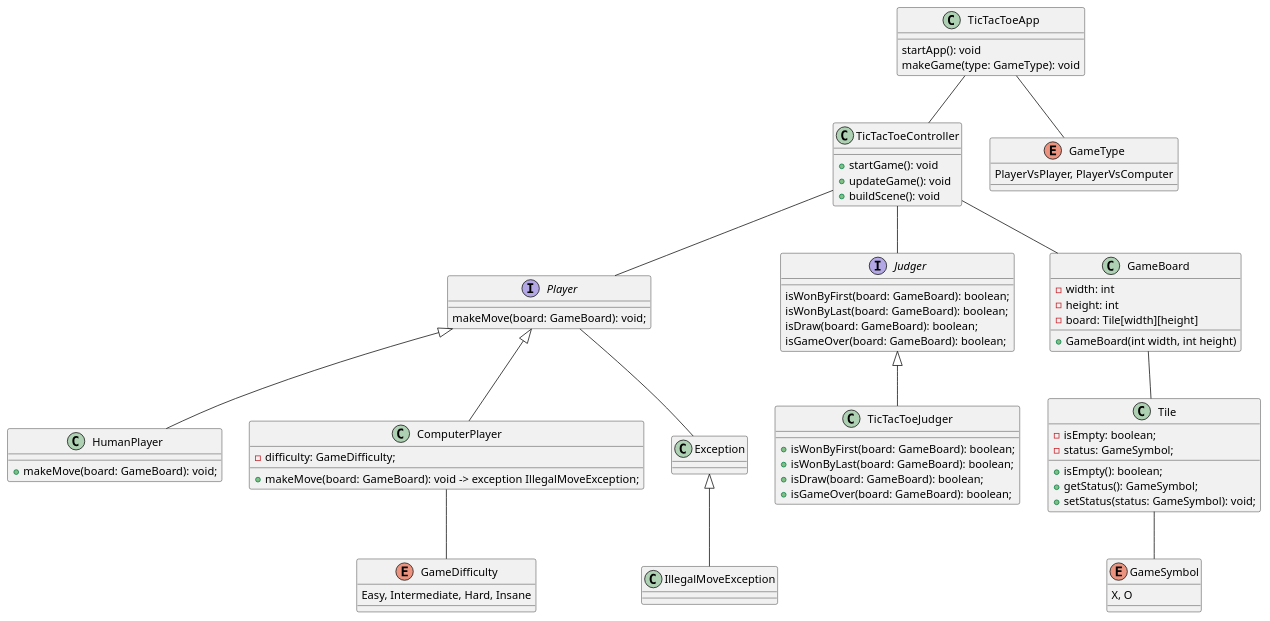
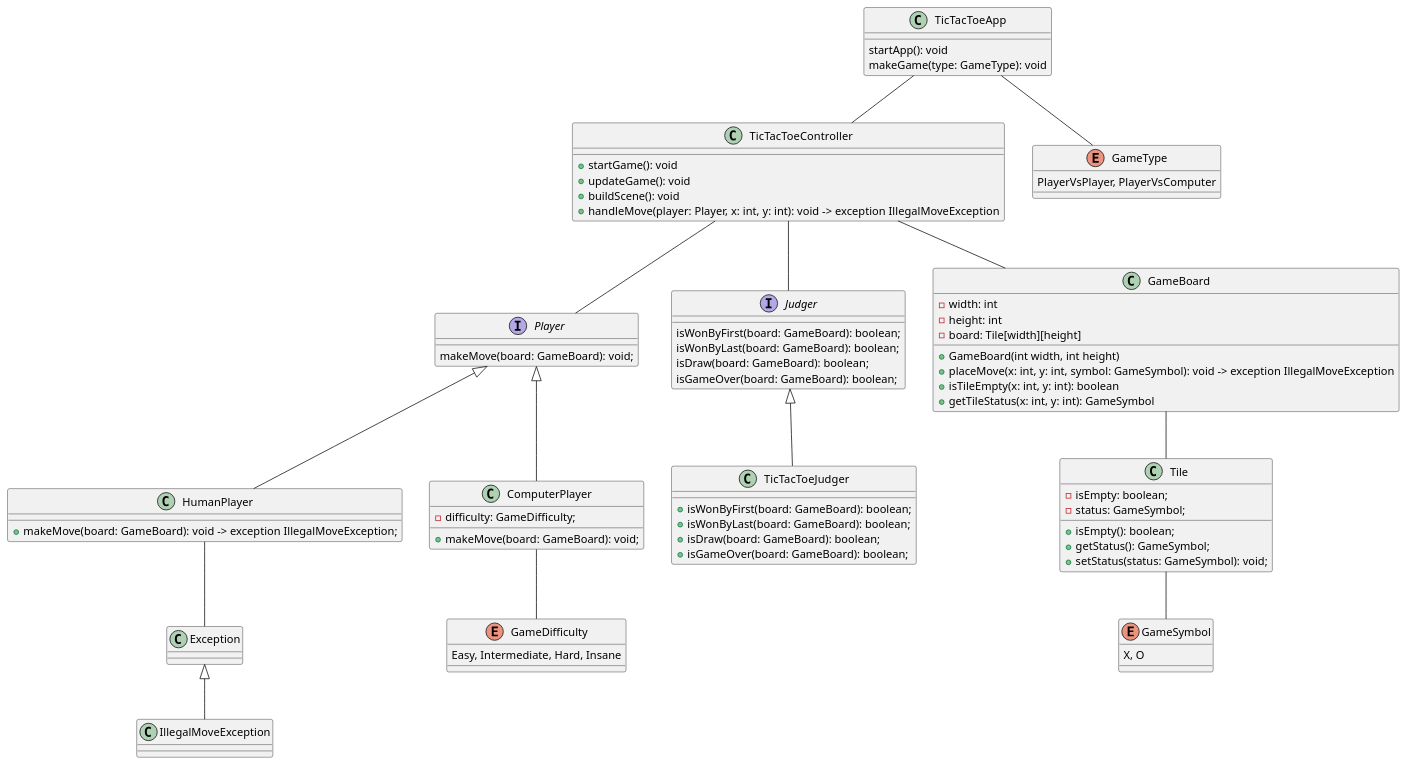
One commit to moyaser315/Tic-Tac-Toe changed the diagram in design/class.puml. Above: the diagram before and after it, drawn with PlantUML.

Commit message:
Corrected the exception thrown by computer player and associated it with human player

```diff
--- a/design/class.puml
+++ b/design/class.puml
@@ -1,84 +1,88 @@
 @startuml
 
 interface Player {
     makeMove(board: GameBoard): void;
 }
 
 class HumanPlayer extends Player {
-    + makeMove(board: GameBoard): void;
+    + makeMove(board: GameBoard): void -> exception IllegalMoveException;
 }
 
 class ComputerPlayer extends Player {
     - difficulty: GameDifficulty;
-    + makeMove(board: GameBoard): void -> exception IllegalMoveException;
+    + makeMove(board: GameBoard): void;
 }
 
 enum GameDifficulty {
     Easy, Intermediate, Hard, Insane
 }
 
 interface Judger {
     isWonByFirst(board: GameBoard): boolean;
     isWonByLast(board: GameBoard): boolean;
     isDraw(board: GameBoard): boolean;
     isGameOver(board: GameBoard): boolean;
 }
 
 class TicTacToeJudger extends Judger {
     + isWonByFirst(board: GameBoard): boolean;
     + isWonByLast(board: GameBoard): boolean;
     + isDraw(board: GameBoard): boolean;
     + isGameOver(board: GameBoard): boolean;
 }
 
 enum GameSymbol {
     X, O
 }
 
 class Tile {
     - isEmpty: boolean;
     - status: GameSymbol;
 
     + isEmpty(): boolean;
     + getStatus(): GameSymbol;
     + setStatus(status: GameSymbol): void;
 }
 
 class GameBoard {
     - width: int
     - height: int
     - board: Tile[width][height]
     
     + GameBoard(int width, int height)
+    + placeMove(x: int, y: int, symbol: GameSymbol): void -> exception IllegalMoveException
+    + isTileEmpty(x: int, y: int): boolean
+    + getTileStatus(x: int, y: int): GameSymbol
 }
 
 class TicTacToeController {
     + startGame(): void
     + updateGame(): void
     + buildScene(): void
+    + handleMove(player: Player, x: int, y: int): void -> exception IllegalMoveException
 }
 
 
 class IllegalMoveException extends Exception {
 
 }
 
 class TicTacToeApp {
     startApp(): void
     makeGame(type: GameType): void
 }
 
 enum GameType {
     PlayerVsPlayer, PlayerVsComputer
 }
 
 GameBoard -- Tile
 TicTacToeController -- Player
 TicTacToeController -- Judger
-Player -- Exception
+HumanPlayer -- Exception
 Tile -- GameSymbol
 TicTacToeController -- GameBoard
 TicTacToeApp -- TicTacToeController
 TicTacToeApp -- GameType
 ComputerPlayer -- GameDifficulty
 @enduml
```
